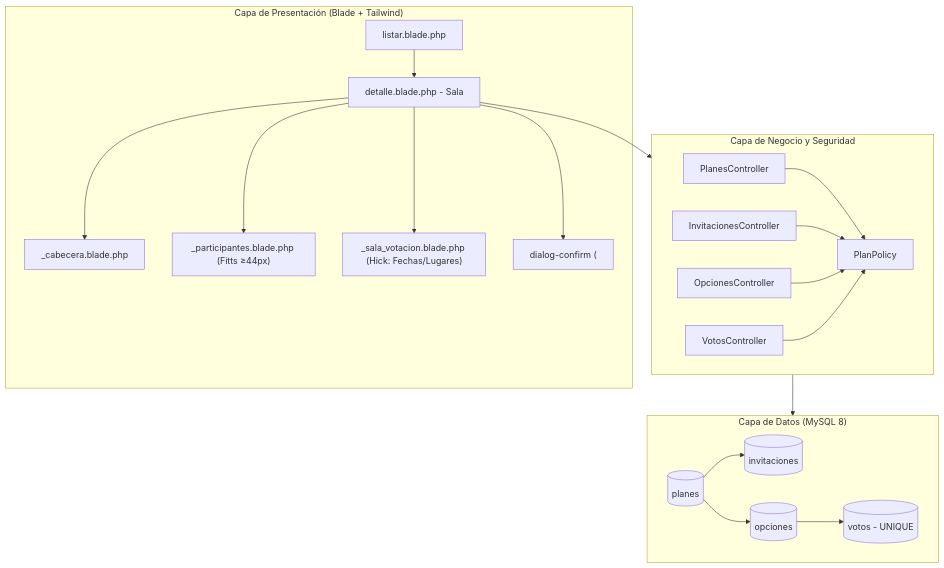
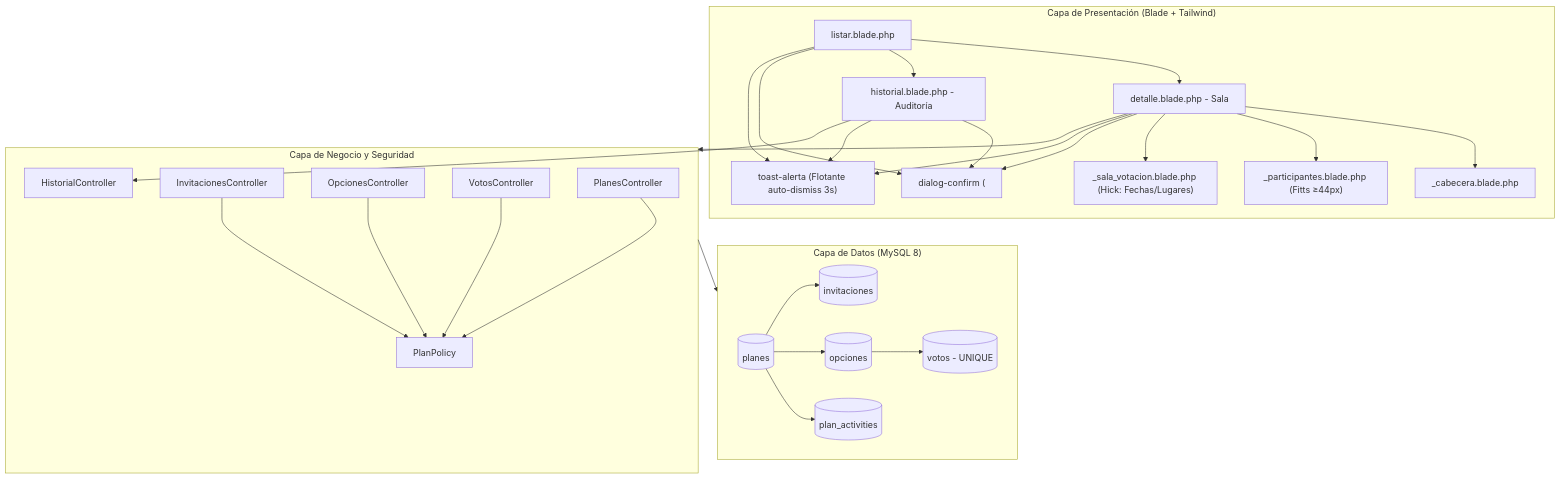
One commit to moises-cisneros/Proyecto2IHC changed the diagram in docs/clase-17.md. Above: the diagram before and after it, drawn with Mermaid. The commit also changed other lines of this file and 3 other files, not shown here.

````diff
--- a/docs/clase-17.md
+++ b/docs/clase-17.md
@@ -288,31 +311,36 @@
 ```mermaid
 flowchart TD
     subgraph Frontend["Capa de Presentación (Blade + Tailwind)"]
         A[listar.blade.php] --> B[detalle.blade.php - Sala]
+        A --> H_VIEW[historial.blade.php - Auditoría]
         B --> C["_cabecera.blade.php"]
         B --> D["_participantes.blade.php (Fitts ≥44px)"]
         B --> E["_sala_votacion.blade.php (Hick: Fechas/Lugares)"]
-        B --> F["dialog-confirm (<dialog> nativo)"]
+        A & B & H_VIEW --> F["dialog-confirm (<dialog> nativo)"]
+        A & B & H_VIEW --> TOAST["toast-alerta (Flotante auto-dismiss 3s)"]
     end
 
     subgraph Backend["Capa de Negocio y Seguridad"]
         G[PlanesController]
         H[InvitacionesController]
         I[OpcionesController]
         J[VotosController]
+        HC[HistorialController]
         K[PlanPolicy]
         G --> K
         H --> K
         I --> K
         J --> K
     end
 
     subgraph Database["Capa de Datos (MySQL 8)"]
         L[(planes)] --> M[(invitaciones)]
         L --> N[(opciones)]
         N --> O[(votos - UNIQUE)]
+        L --> ACT[(plan_activities)]
     end
 
     B --> Backend
+    H_VIEW --> HC
     Backend --> Database
 ```
````
